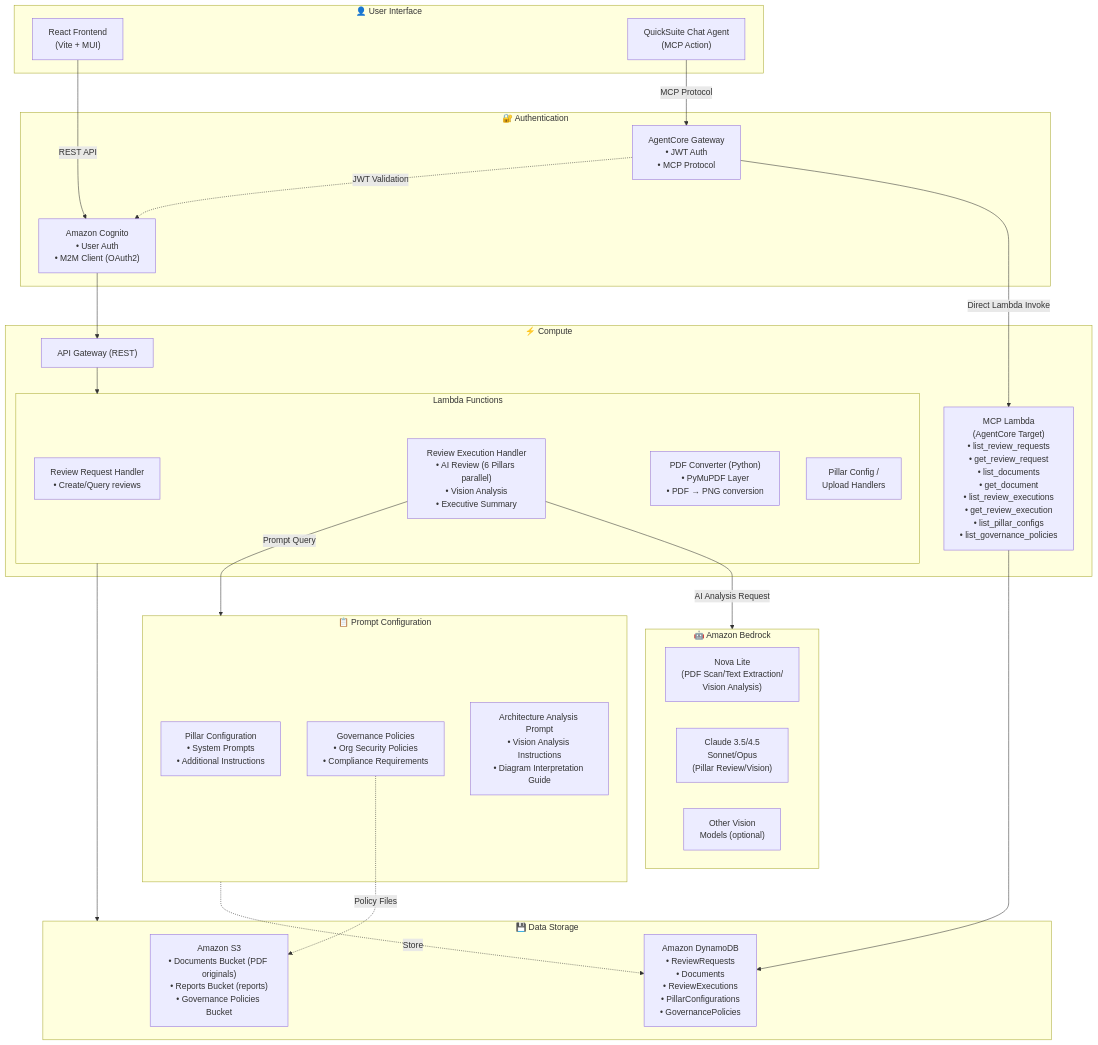
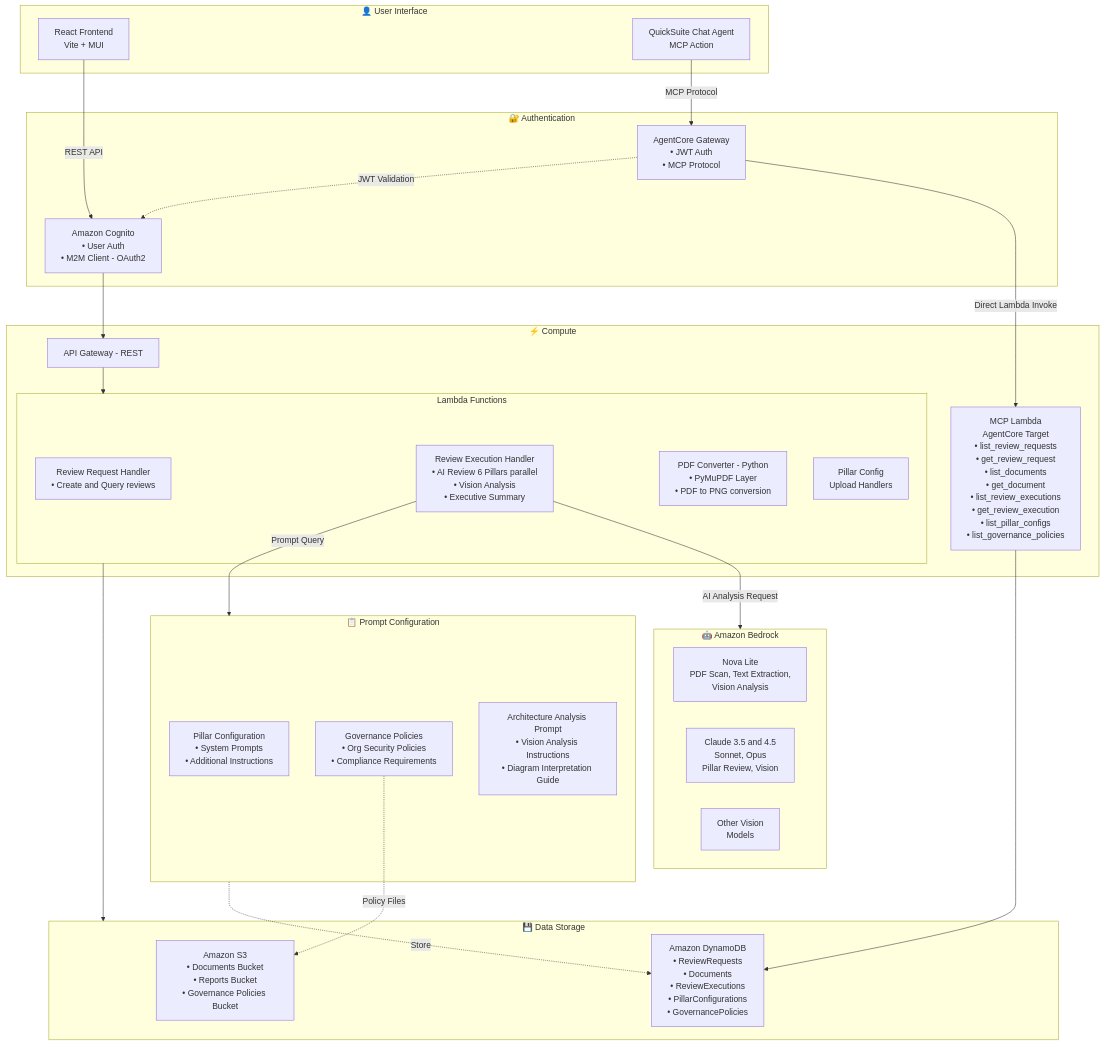
One commit to ironpe/well-architected-review-using-bedrock-with-quicksuite-chat-embeding changed the diagram in README.en.md. Above: the diagram before and after it, drawn with Mermaid. The commit also changed 1 other file, not shown here.

Commit message:
fix: Remove special characters breaking Mermaid diagrams on GitHub
- Remove parentheses, slashes, and arrow symbols from Mermaid node text
- GitHub Mermaid renderer treats these as syntax tokens

````diff
--- a/README.en.md
+++ b/README.en.md
@@ -57,58 +57,58 @@
 ```mermaid
 flowchart TB
     subgraph UI["👤 User Interface"]
-        Frontend["React Frontend<br/>(Vite + MUI)"]
-        ChatAgent["QuickSuite Chat Agent<br/>(MCP Action)"]
+        Frontend["React Frontend<br/>Vite + MUI"]
+        ChatAgent["QuickSuite Chat Agent<br/>MCP Action"]
     end
 
     subgraph Auth["🔐 Authentication"]
-        Cognito["Amazon Cognito<br/>• User Auth<br/>• M2M Client (OAuth2)"]
+        Cognito["Amazon Cognito<br/>• User Auth<br/>• M2M Client - OAuth2"]
         AGW["AgentCore Gateway<br/>• JWT Auth<br/>• MCP Protocol"]
     end
 
     subgraph Compute["⚡ Compute"]
-        APIGW["API Gateway (REST)"]
+        APIGW["API Gateway - REST"]
         
         subgraph Lambda["Lambda Functions"]
-            ReviewHandler["Review Request Handler<br/>• Create/Query reviews"]
-            ExecHandler["Review Execution Handler<br/>• AI Review (6 Pillars parallel)<br/>• Vision Analysis<br/>• Executive Summary"]
-            PDFConverter["PDF Converter (Python)<br/>• PyMuPDF Layer<br/>• PDF → PNG conversion"]
-            OtherHandlers["Pillar Config /<br/>Upload Handlers"]
+            ReviewHandler["Review Request Handler<br/>• Create and Query reviews"]
+            ExecHandler["Review Execution Handler<br/>• AI Review 6 Pillars parallel<br/>• Vision Analysis<br/>• Executive Summary"]
+            PDFConverter["PDF Converter - Python<br/>• PyMuPDF Layer<br/>• PDF to PNG conversion"]
+            OtherHandlers["Pillar Config<br/>Upload Handlers"]
         end
         
-        MCPLambda["MCP Lambda<br/>(AgentCore Target)<br/>• list_review_requests<br/>• get_review_request<br/>• list_documents<br/>• get_document<br/>• list_review_executions<br/>• get_review_execution<br/>• list_pillar_configs<br/>• list_governance_policies"]
+        MCPLambda["MCP Lambda<br/>AgentCore Target<br/>• list_review_requests<br/>• get_review_request<br/>• list_documents<br/>• get_document<br/>• list_review_executions<br/>• get_review_execution<br/>• list_pillar_configs<br/>• list_governance_policies"]
     end
 
     subgraph Prompts["📋 Prompt Configuration"]
         PillarConfig["Pillar Configuration<br/>• System Prompts<br/>• Additional Instructions"]
         Governance["Governance Policies<br/>• Org Security Policies<br/>• Compliance Requirements"]
         DiagramPrompt["Architecture Analysis Prompt<br/>• Vision Analysis Instructions<br/>• Diagram Interpretation Guide"]
     end
 
     subgraph AI["🤖 Amazon Bedrock"]
-        Nova["Nova Lite<br/>(PDF Scan/Text Extraction/<br/>Vision Analysis)"]
-        Claude["Claude 3.5/4.5<br/>Sonnet/Opus<br/>(Pillar Review/Vision)"]
-        Other["Other Vision<br/>Models (optional)"]
+        Nova["Nova Lite<br/>PDF Scan, Text Extraction,<br/>Vision Analysis"]
+        Claude["Claude 3.5 and 4.5<br/>Sonnet, Opus<br/>Pillar Review, Vision"]
+        Other["Other Vision<br/>Models"]
     end
 
     subgraph Storage["💾 Data Storage"]
-        S3["Amazon S3<br/>• Documents Bucket (PDF originals)<br/>• Reports Bucket (reports)<br/>• Governance Policies Bucket"]
+        S3["Amazon S3<br/>• Documents Bucket<br/>• Reports Bucket<br/>• Governance Policies Bucket"]
         DDB["Amazon DynamoDB<br/>• ReviewRequests<br/>• Documents<br/>• ReviewExecutions<br/>• PillarConfigurations<br/>• GovernancePolicies"]
     end
 
     Frontend -->|REST API| Cognito
     Cognito --> APIGW
     APIGW --> Lambda
     
     ChatAgent -->|MCP Protocol| AGW
     AGW -.->|JWT Validation| Cognito
     AGW -->|Direct Lambda Invoke| MCPLambda
     
     ExecHandler -->|Prompt Query| Prompts
     Prompts -.->|Store| DDB
     Governance -.->|Policy Files| S3
     
     ExecHandler -->|AI Analysis Request| AI
     Lambda --> Storage
     MCPLambda --> DDB
 ```
````
